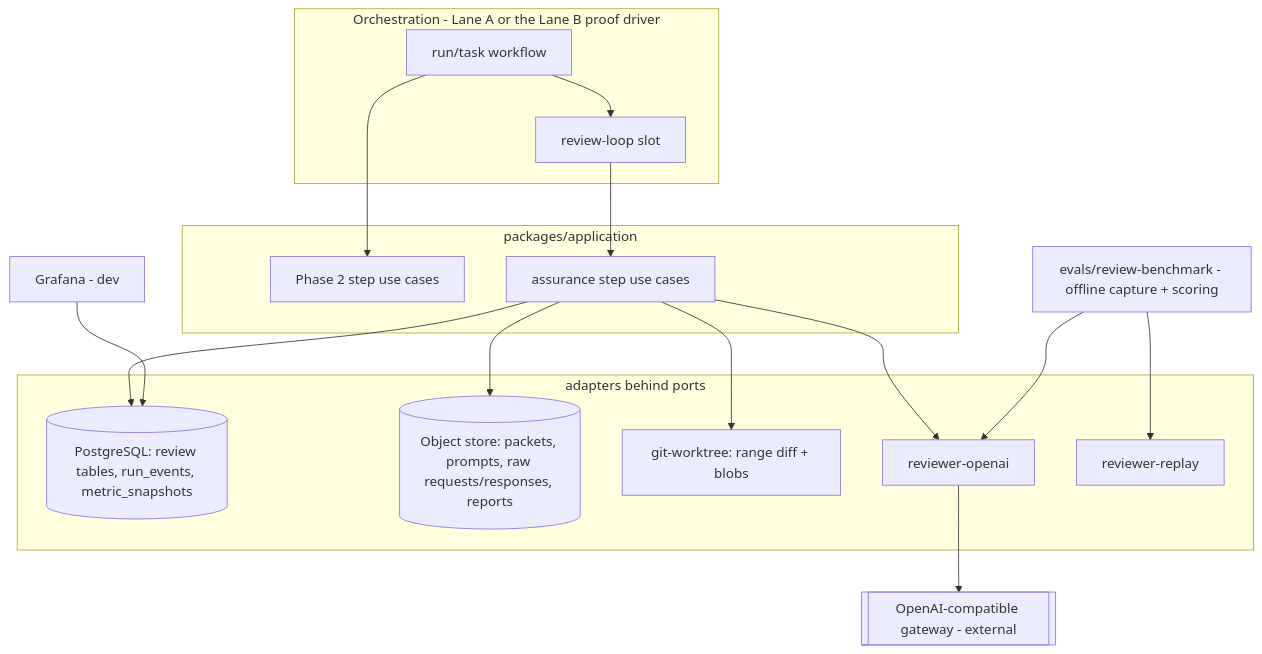
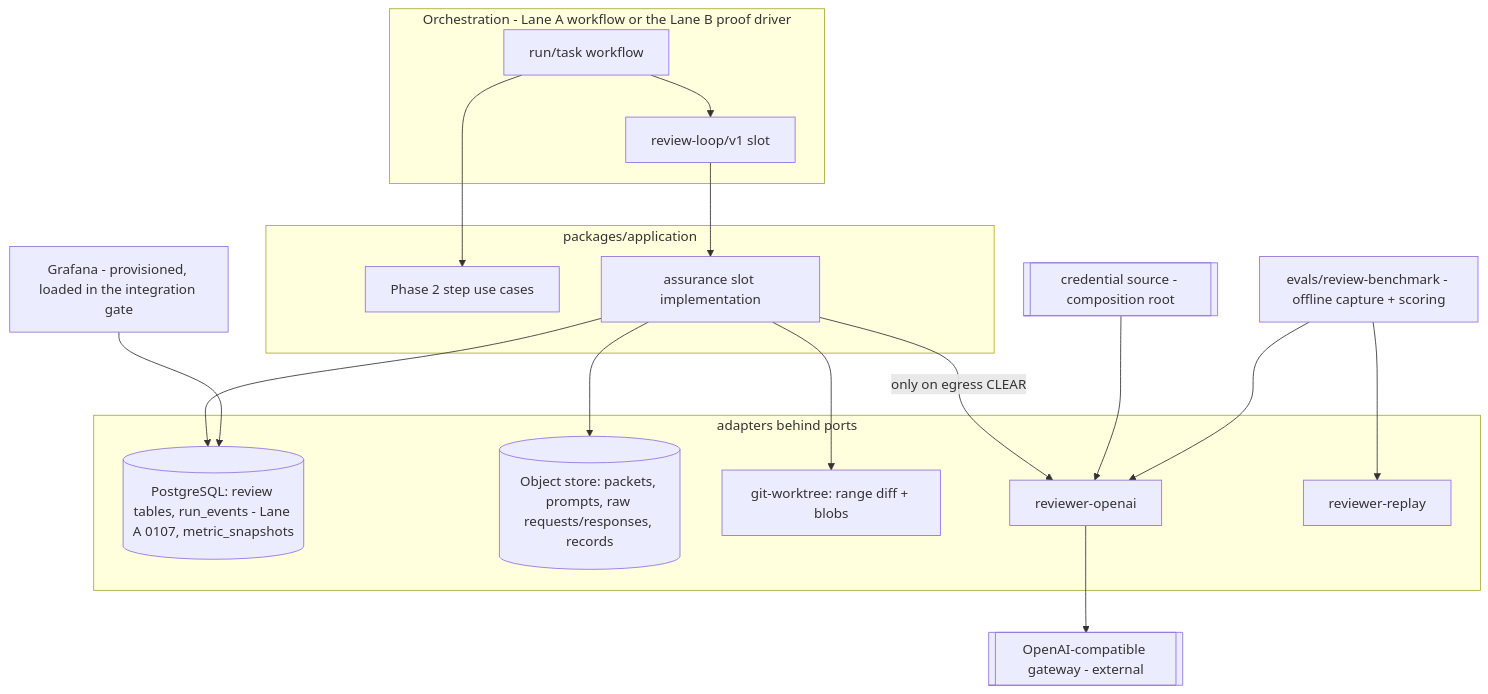
Before and after one commit to xingcorp/asep-enterprise-harness: the first of 2 diagrams in docs/implementation/phases/phase-04-architecture.md, drawn with Mermaid. The commit also changed other lines of this file and 8 other files, not shown here.

````diff
--- a/docs/implementation/phases/phase-04-architecture.md
+++ b/docs/implementation/phases/phase-04-architecture.md
@@ -17,30 +20,32 @@
 ```mermaid
 flowchart TB
-  subgraph orch[Orchestration - Lane A or the Lane B proof driver]
+  subgraph orch[Orchestration - Lane A workflow or the Lane B proof driver]
     WF[run/task workflow]
-    SLOT[review-loop slot]
+    SLOT[review-loop/v1 slot]
   end
   subgraph app[packages/application]
     P2[Phase 2 step use cases]
-    AS[assurance step use cases]
+    AS[assurance slot implementation]
   end
   subgraph adapters[adapters behind ports]
-    PG[(PostgreSQL: review tables, run_events, metric_snapshots)]
-    OBJ[(Object store: packets, prompts, raw requests/responses, reports)]
+    PG[(PostgreSQL: review tables, run_events - Lane A 0107, metric_snapshots)]
+    OBJ[(Object store: packets, prompts, raw requests/responses, records)]
     GIT[git-worktree: range diff + blobs]
     REV[reviewer-openai]
     RPL[reviewer-replay]
   end
+  CRED[[credential source - composition root]]
   GW[[OpenAI-compatible gateway - external]]
-  GRAF[Grafana - dev]
+  GRAF[Grafana - provisioned, loaded in the integration gate]
   BENCH[evals/review-benchmark - offline capture + scoring]
   WF --> P2
   WF --> SLOT --> AS
   AS --> PG
   AS --> OBJ
   AS --> GIT
-  AS --> REV --> GW
+  AS -->|only on egress CLEAR| REV --> GW
+  CRED --> REV
   BENCH --> REV
   BENCH --> RPL
   GRAF --> PG
 ```
````
